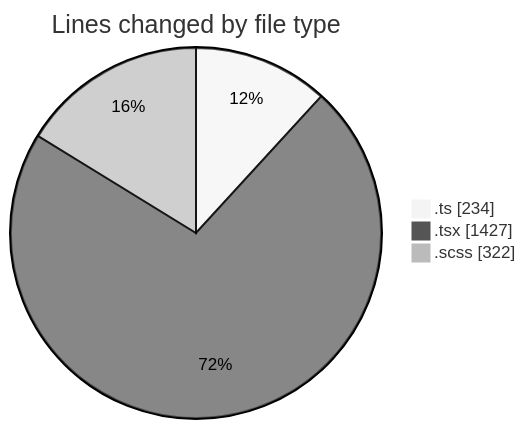
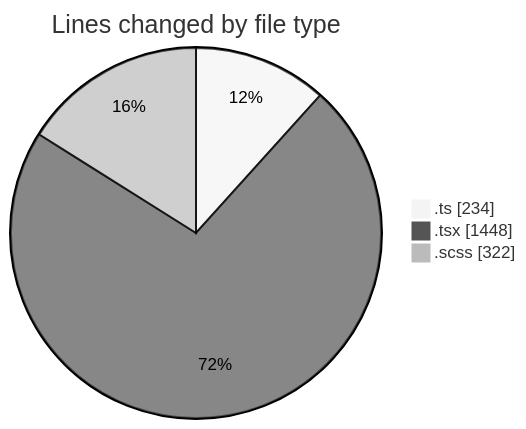
The first of 2 diagrams in 2025-05-01/cda/README.md (momahboobian/code-tracking), drawn with Mermaid (neutral theme) before and after one commit. The commit also changed other lines of this file and 1 other file, not shown here.

````diff
--- a/2025-05-01/cda/README.md
+++ b/2025-05-01/cda/README.md
@@ -30,7 +30,7 @@
 ```mermaid
 pie showData
 title Lines changed by file type
 ".ts" : 234
-".tsx" : 1427
+".tsx" : 1448
 ".scss" : 322
 ```
````
